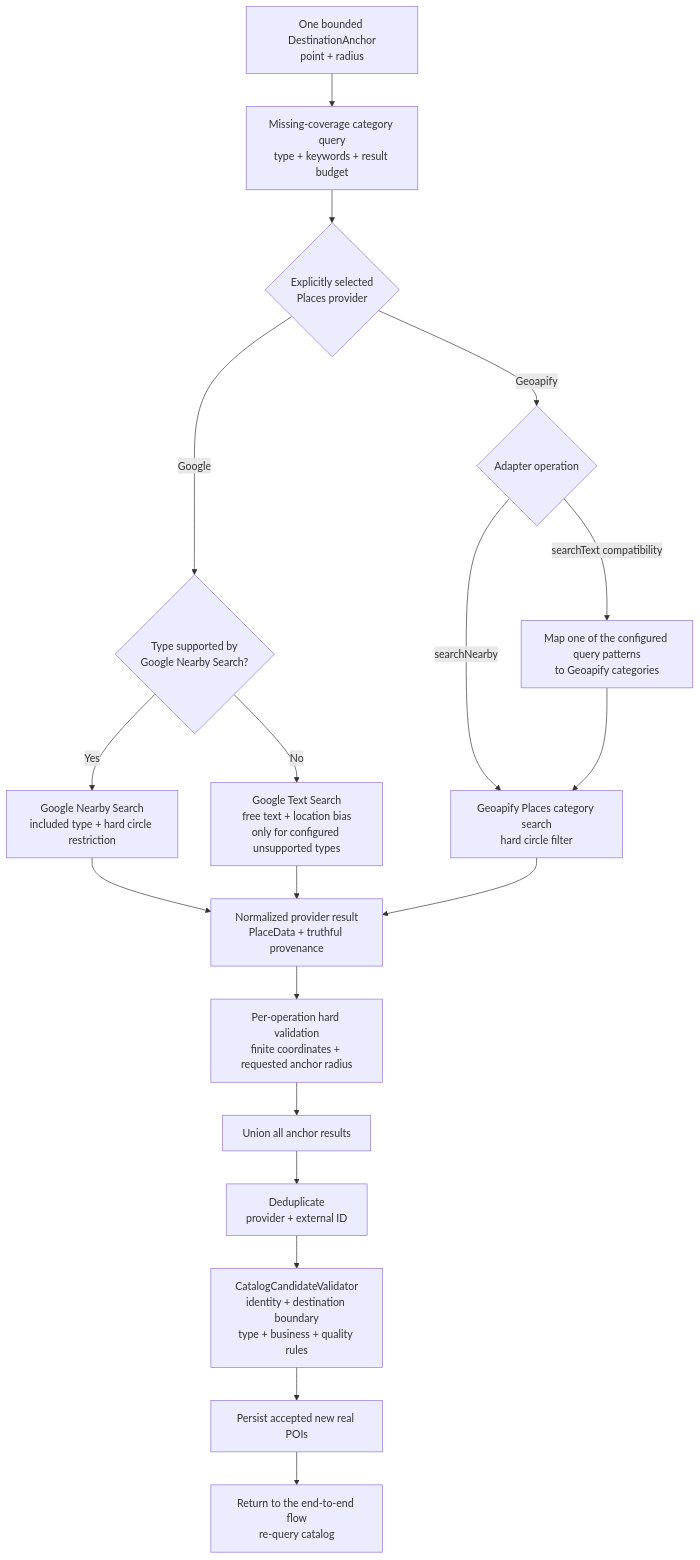
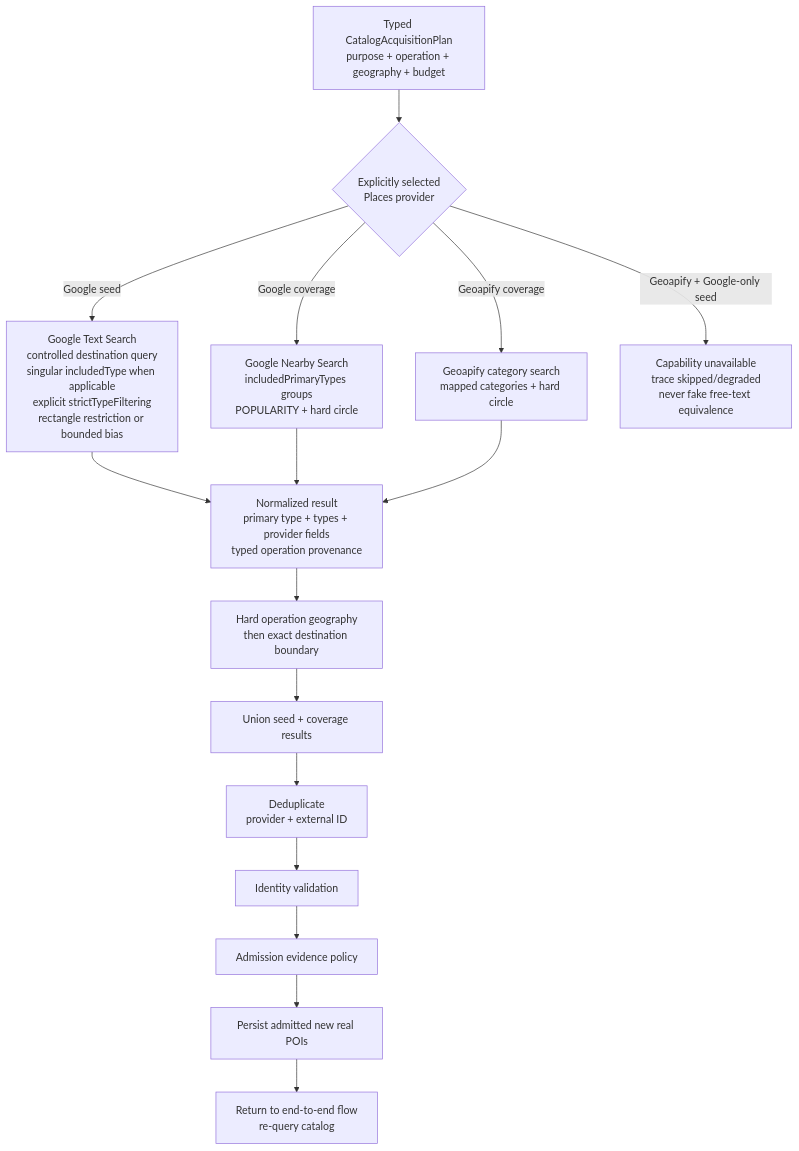
Before and after one commit to entity-builders-labs/zig-zag: diagram 13 of 14 in docs/architecture/activity-discovery-and-tour-generation.md, drawn with Mermaid. The commit also changed other lines of this file and 51 other files, not shown here.

Commit message:
feat: finalize safe catalog acquisition gate

````diff
--- a/docs/architecture/activity-discovery-and-tour-generation.md
+++ b/docs/architecture/activity-discovery-and-tour-generation.md
@@ -576,25 +782,21 @@
 ```mermaid
 flowchart TD
-    A["One bounded DestinationAnchor<br/>point + radius"] --> B["Missing-coverage category query<br/>type + keywords + result budget"]
-    B --> C{"Explicitly selected<br/>Places provider"}
+    PLAN["Typed CatalogAcquisitionPlan<br/>purpose + operation + geography + budget"] --> C{"Explicitly selected<br/>Places provider"}
 
-    C -- Google --> D{"Type supported by<br/>Google Nearby Search?"}
-    D -- Yes --> E["Google Nearby Search<br/>included type + hard circle restriction"]
-    D -- No --> F["Google Text Search<br/>free text + location bias<br/>only for configured unsupported types"]
+    C -- Google seed --> T["Google Text Search<br/>controlled destination query<br/>singular includedType when applicable<br/>explicit strictTypeFiltering<br/>rectangle restriction or bounded bias"]
+    C -- Google coverage --> N["Google Nearby Search<br/>includedPrimaryTypes groups<br/>POPULARITY + hard circle"]
+    C -- Geoapify coverage --> G["Geoapify category search<br/>mapped categories + hard circle"]
+    C -- "Geoapify + Google-only seed" --> SKIP["Capability unavailable<br/>trace skipped/degraded<br/>never fake free-text equivalence"]
 
-    C -- Geoapify --> G{"Adapter operation"}
-    G -- searchNearby --> H["Geoapify Places category search<br/>hard circle filter"]
-    G -- searchText compatibility --> I["Map one of the configured query patterns<br/>to Geoapify categories"]
-    I --> H
+    T --> J["Normalized result<br/>primary type + types + provider fields<br/>typed operation provenance"]
+    N --> J
+    G --> J
 
-    E --> J["Normalized provider result<br/>PlaceData + truthful provenance"]
-    F --> J
-    H --> J
-
-    J --> K["Per-operation hard validation<br/>finite coordinates + requested anchor radius"]
-    K --> M["Union all anchor results"]
-    M --> N["Deduplicate<br/>provider + external ID"]
-    N --> L["CatalogCandidateValidator<br/>identity + destination boundary<br/>type + business + quality rules"]
-    L --> O["Persist accepted new real POIs"]
-    O --> P["Return to the end-to-end flow<br/>re-query catalog"]
+    J --> K["Hard operation geography<br/>then exact destination boundary"]
+    K --> M["Union seed + coverage results"]
+    M --> D["Deduplicate<br/>provider + external ID"]
+    D --> I["Identity validation"]
+    I --> Q["Admission evidence policy"]
+    Q --> O["Persist admitted new real POIs"]
+    O --> P["Return to end-to-end flow<br/>re-query catalog"]
 ```
````
